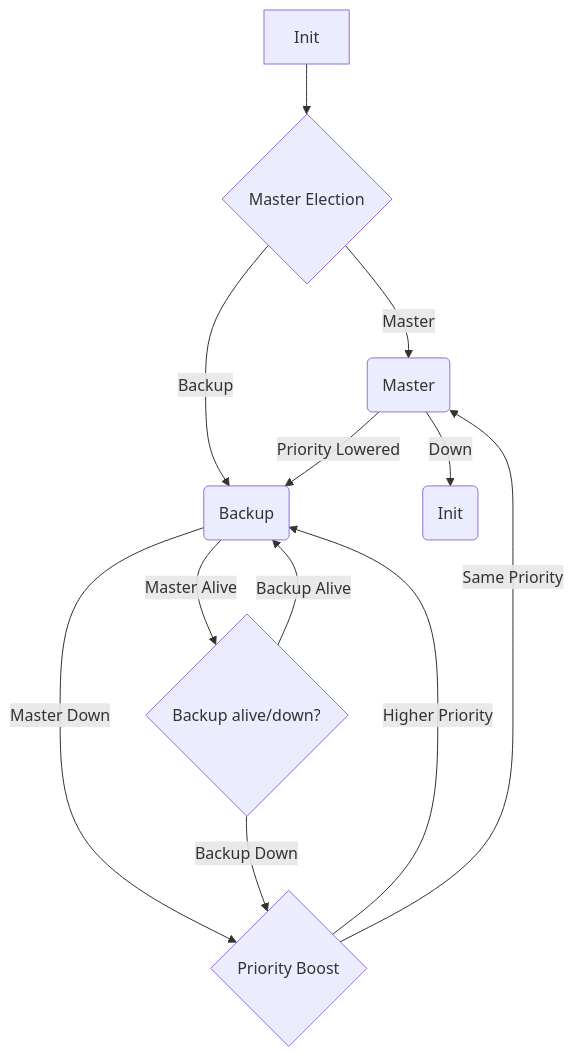
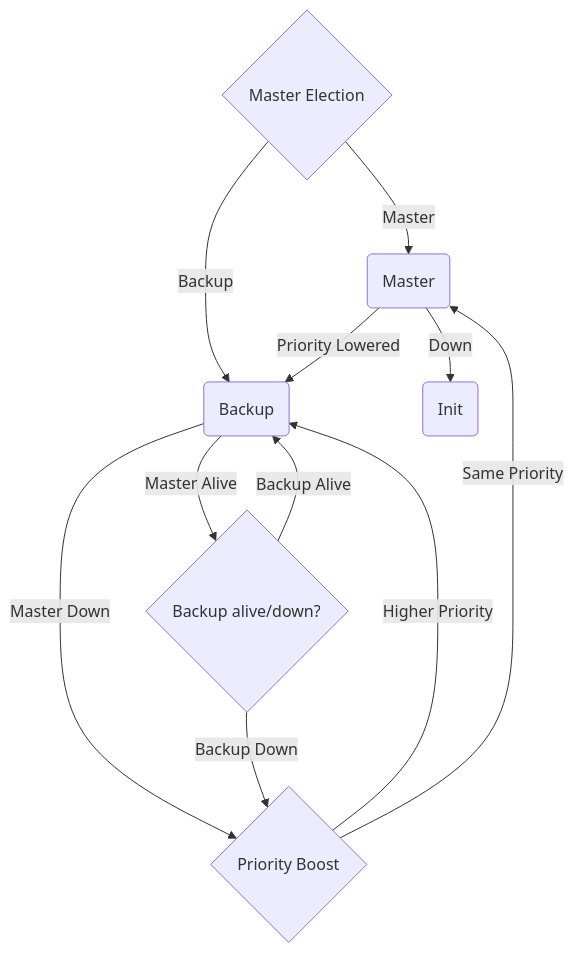
One commit to emmahone/vrrp-state-machine changed the diagram in README.md. Above: the diagram before and after it, drawn with Mermaid.

````diff
--- a/README.md
+++ b/README.md
@@ -3,14 +3,14 @@
 ```mermaid
 graph TD
-    A[Init] --> B{Master Election}
+    B{Master Election}
     B -->|Master| C(Master)
     B -->|Backup| D(Backup)
     C -->|Priority Lowered| D
     C -->|Down| E(Init)
     D -->|Master Alive| F{Backup alive/down?}
     D -->|Master Down| G{Priority Boost}
     G -->|Higher Priority| D
     G -->|Same Priority| C
     F -->|Backup Alive| D
     F -->|Backup Down| G
 ```
````
